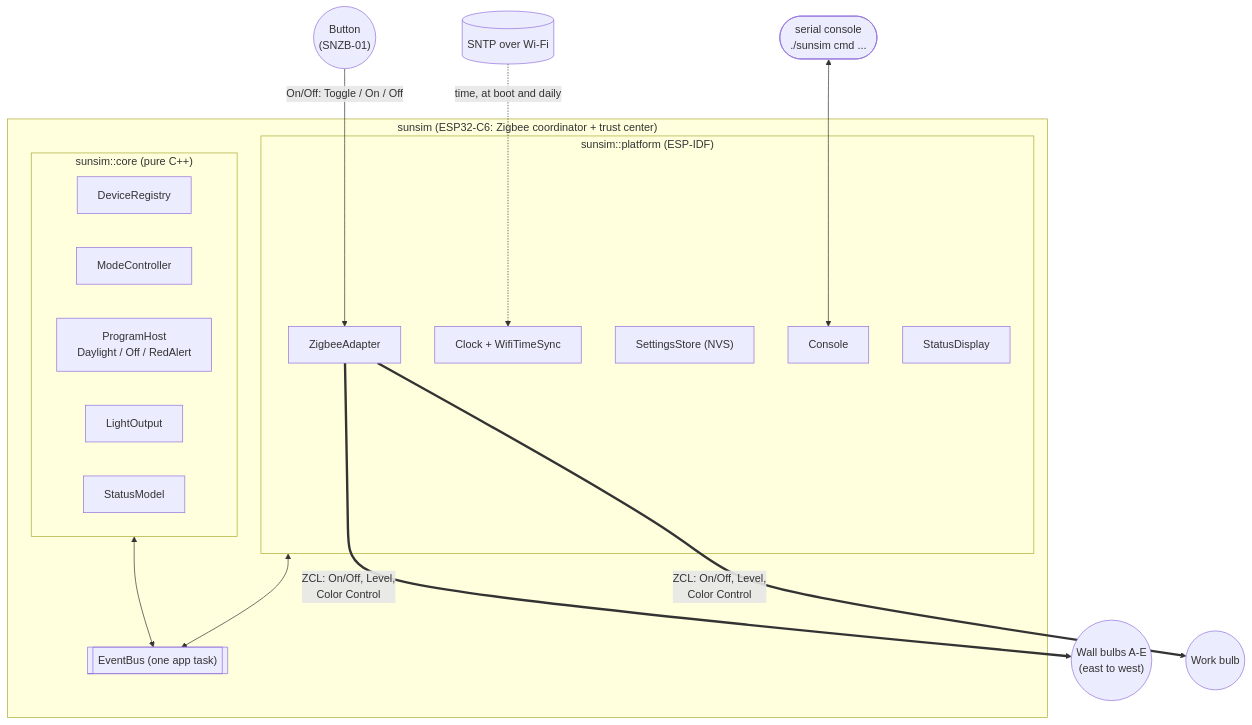
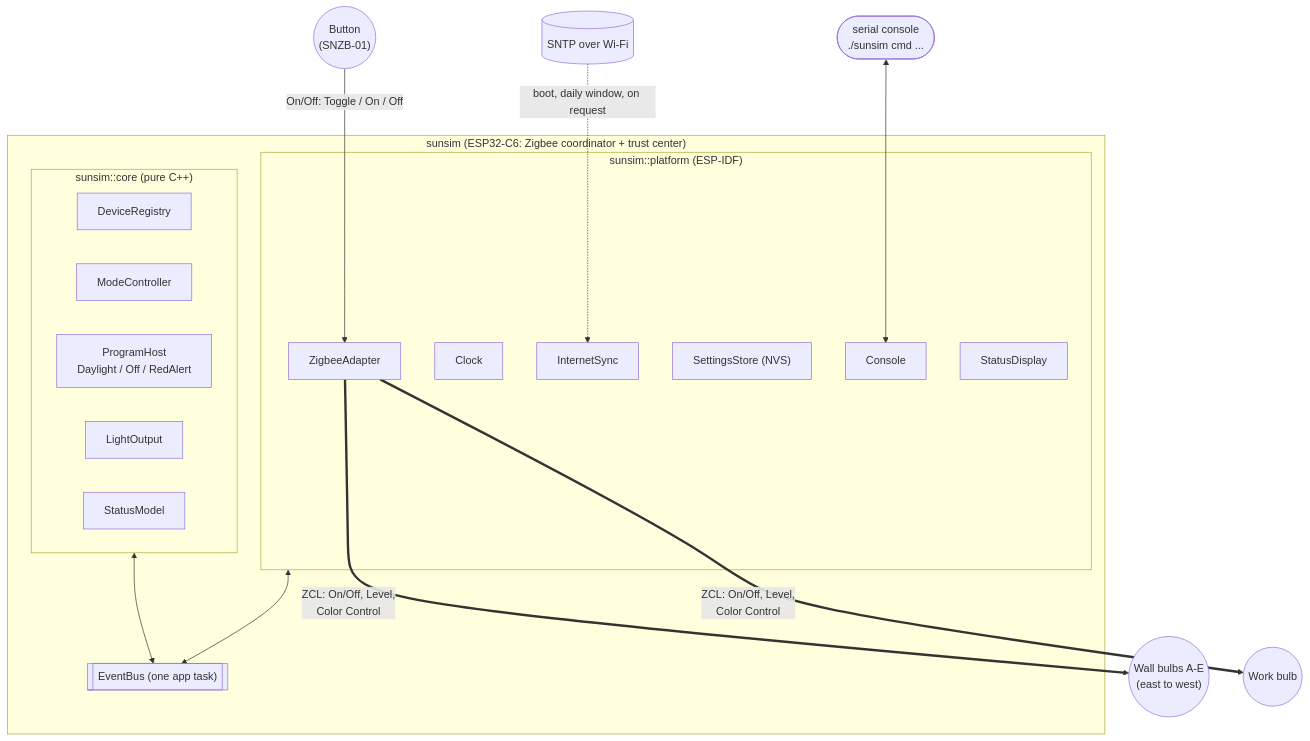
One commit to bjerre/sunsim changed the first of 5 diagrams in DESIGN.md. Above: the diagram before and after it, drawn with Mermaid. The commit also changed other lines of this file and 13 other files, not shown here.

````diff
--- a/DESIGN.md
+++ b/DESIGN.md
@@ -8,33 +8,34 @@
 ```mermaid
 flowchart TB
     subgraph Coordinator["sunsim (ESP32-C6: Zigbee coordinator + trust center)"]
         Bus[["EventBus (one app task)"]]
         subgraph Core["sunsim::core (pure C++)"]
             Reg[DeviceRegistry]
             Mode[ModeController]
             Prog["ProgramHost<br/>Daylight / Off / RedAlert"]
             Out[LightOutput]
             Stat[StatusModel]
         end
         subgraph Platform["sunsim::platform (ESP-IDF)"]
             ZA[ZigbeeAdapter]
-            Clk["Clock + WifiTimeSync"]
+            Clk[Clock]
+            Net[InternetSync]
             Set["SettingsStore (NVS)"]
             Con[Console]
             Disp[StatusDisplay]
         end
         Core <--> Bus
         Platform <--> Bus
     end
 
     Wall(("Wall bulbs A-E<br/>(east to west)"))
     Work((Work bulb))
     Switch(("Button<br/>(SNZB-01)"))
     NTP[("SNTP over Wi-Fi")]
     User(["serial console<br/>./sunsim cmd ..."])
 
     ZA == "ZCL: On/Off, Level,<br/>Color Control" ==> Wall & Work
     Switch -- "On/Off: Toggle / On / Off" --> ZA
-    NTP -. "time, at boot and daily" .-> Clk
+    NTP -. "boot, daily window, on request" .-> Net
     User <--> Con
 ```
````
